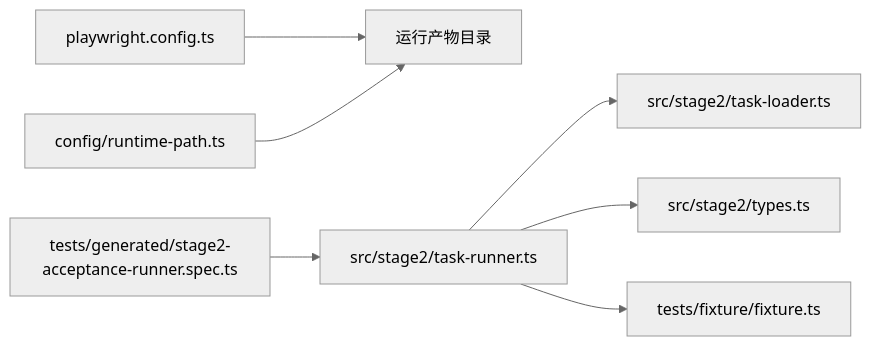
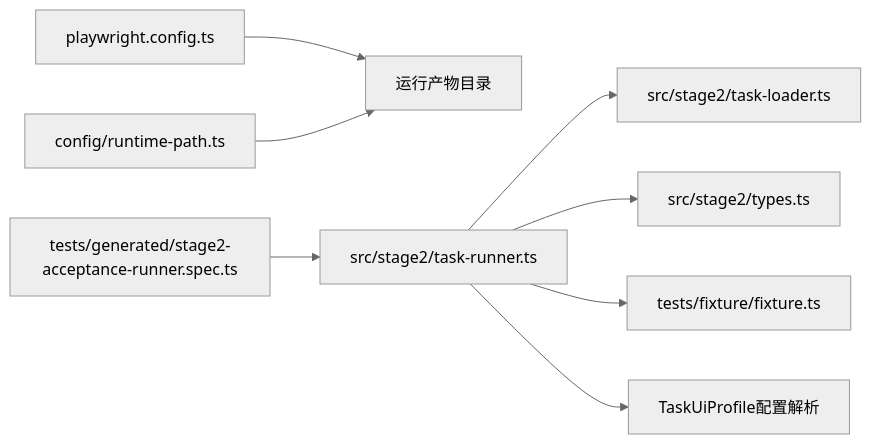
Before and after one commit to Jiane-EJ/playwright-mind: diagram 12 of 12 in .qoder/repowiki/zh/content/执行器系统/任务执行器.md, drawn with Mermaid (neutral theme). The commit also changed other lines of this file and 5 other files, not shown here.

````diff
--- a/.qoder/repowiki/zh/content/执行器系统/任务执行器.md
+++ b/.qoder/repowiki/zh/content/执行器系统/任务执行器.md
@@ -319,9 +492,10 @@
 ```mermaid
 graph LR
 P["playwright.config.ts"] --> R["运行产物目录"]
 RP["config/runtime-path.ts"] --> R
 T["tests/generated/stage2-acceptance-runner.spec.ts"] --> TR["src/stage2/task-runner.ts"]
 TR --> TL["src/stage2/task-loader.ts"]
 TR --> TY["src/stage2/types.ts"]
 TR --> FX["tests/fixture/fixture.ts"]
+TR --> TU["TaskUiProfile配置解析"]
 ```
````
